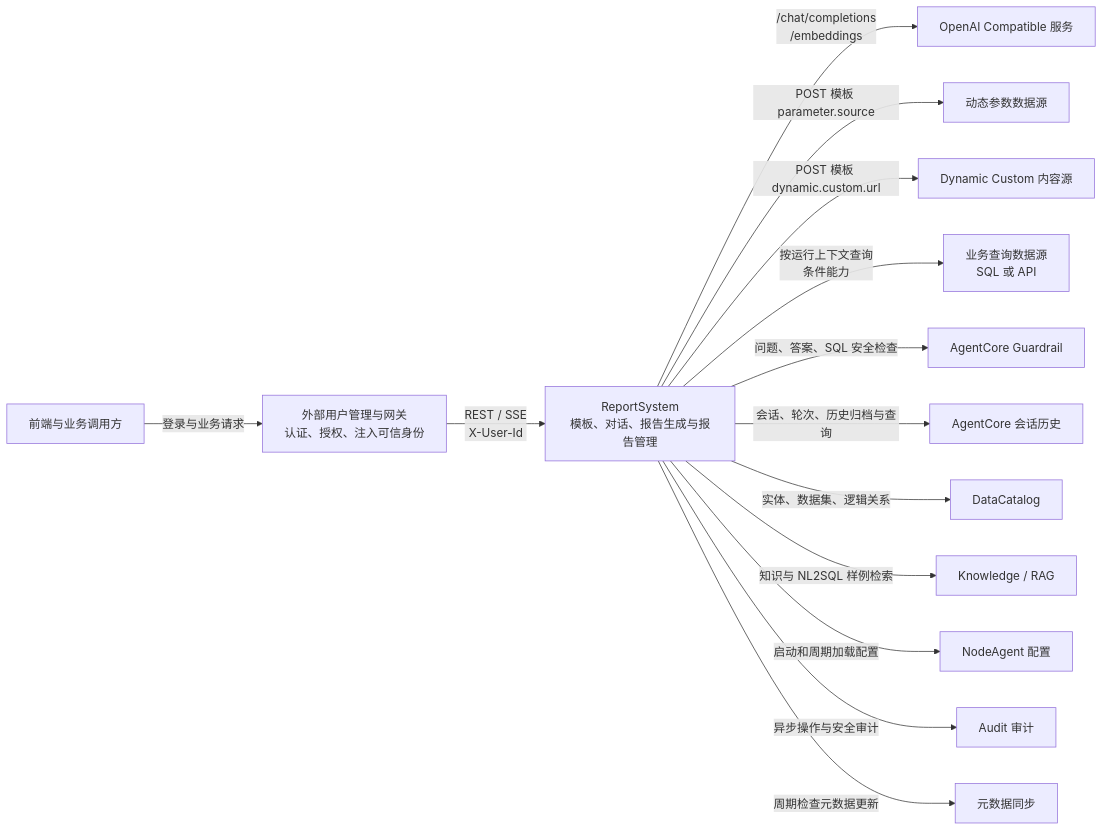
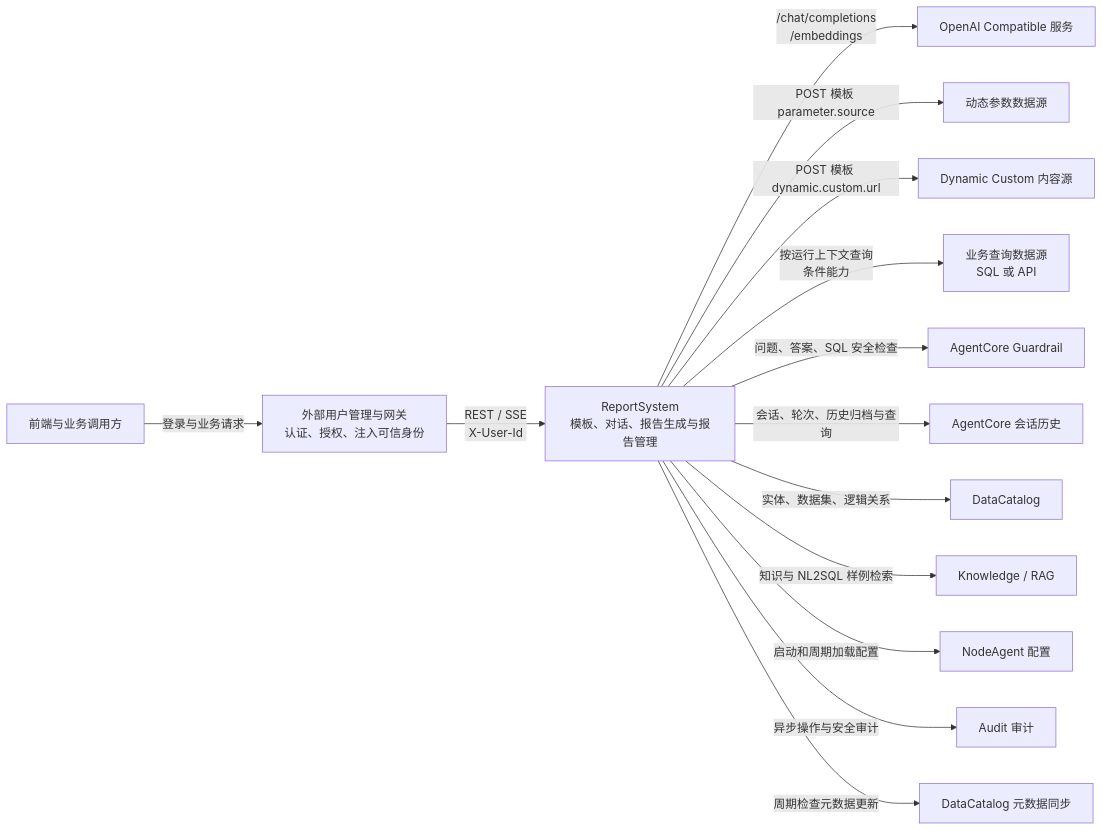
One commit to shel447/ReportSystem changed the diagram in docs/implementation/contracts/apis/README.md. Above: the diagram before and after it, drawn with Mermaid. The commit also changed other lines of this file and 23 other files, not shown here.

Commit message:
docs: improve schema contract index

````diff
--- a/docs/implementation/contracts/apis/README.md
+++ b/docs/implementation/contracts/apis/README.md
@@ -7,31 +7,31 @@
 ```mermaid
 flowchart LR
     client["前端与业务调用方"]
     identity["外部用户管理与网关<br/>认证、授权、注入可信身份"]
     reportSystem["ReportSystem<br/>模板、对话、报告生成与报告管理"]
     llm["OpenAI Compatible 服务"]
     parameterSource["动态参数数据源"]
     customSource["Dynamic Custom 内容源"]
     querySource["业务查询数据源<br/>SQL 或 API"]
     guardrail["AgentCore Guardrail"]
     agentcore["AgentCore 会话历史"]
     dataCatalog["DataCatalog"]
     knowledge["Knowledge / RAG"]
     nodeAgent["NodeAgent 配置"]
     audit["Audit 审计"]
-    metadata["元数据同步"]
+    metadata["DataCatalog 元数据同步"]
 
     client -->|"登录与业务请求"| identity
     identity -->|"REST / SSE<br/>X-User-Id"| reportSystem
     reportSystem -->|"/chat/completions<br/>/embeddings"| llm
     reportSystem -->|"POST 模板 parameter.source"| parameterSource
     reportSystem -->|"POST 模板 dynamic.custom.url"| customSource
     reportSystem -->|"按运行上下文查询<br/>条件能力"| querySource
     reportSystem -->|"问题、答案、SQL 安全检查"| guardrail
     reportSystem -->|"会话、轮次、历史归档与查询"| agentcore
     reportSystem -->|"实体、数据集、逻辑关系"| dataCatalog
     reportSystem -->|"知识与 NL2SQL 样例检索"| knowledge
     reportSystem -->|"启动和周期加载配置"| nodeAgent
     reportSystem -->|"异步操作与安全审计"| audit
     reportSystem -->|"周期检查元数据更新"| metadata
 ```
````
